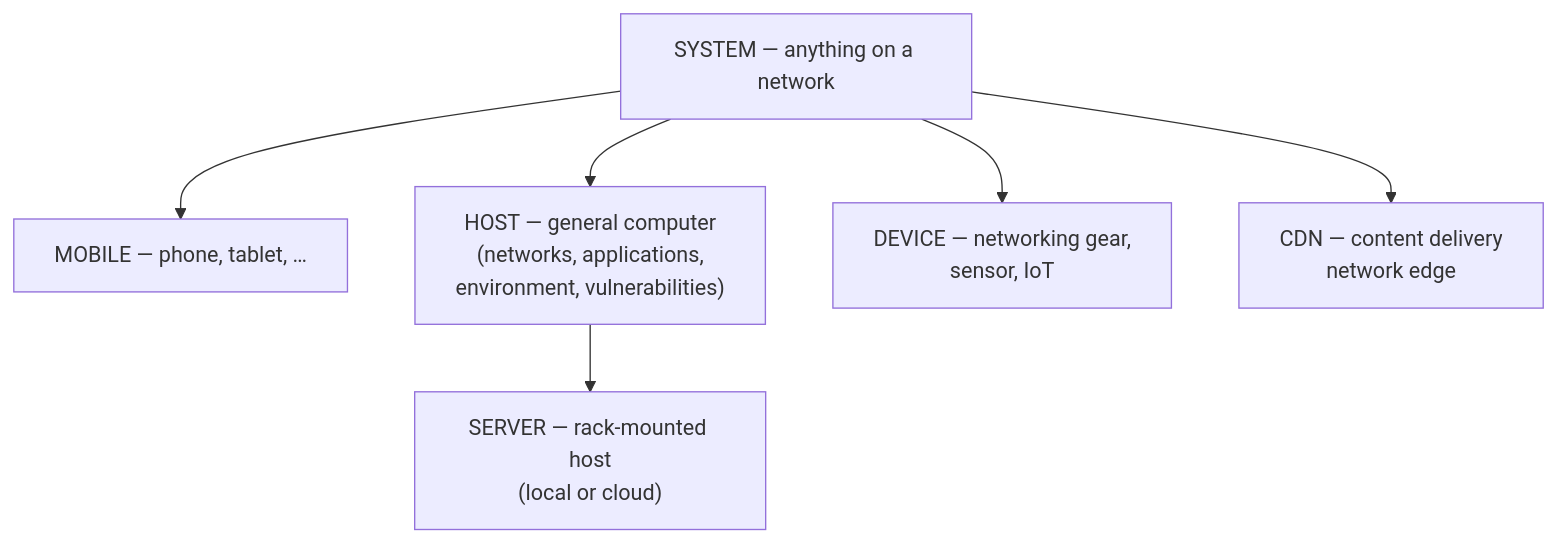
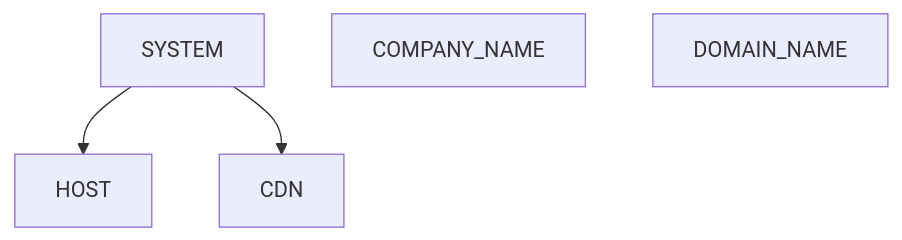
Before and after one commit to brettforbes/spiderfeet: the second of 13 diagrams in .docs/docs-for-cli-tools/_Current_Ontology.md, drawn with Mermaid. The commit also changed other lines of this file and 56 other files, not shown here.

````diff
--- a/.docs/docs-for-cli-tools/_Current_Ontology.md
+++ b/.docs/docs-for-cli-tools/_Current_Ontology.md
@@ -79,14 +65,10 @@
 ```mermaid
 flowchart TB
-  system["SYSTEM — anything on a network"]
-  mobile["MOBILE — phone, tablet, …"]
-  host["HOST — general computer\n(networks, applications,\nenvironment, vulnerabilities)"]
-  server["SERVER — rack-mounted host\n(local or cloud)"]
-  device["DEVICE — networking gear,\nsensor, IoT"]
-  cdn["CDN — content delivery\nnetwork edge"]
-  system --> mobile
+  system["SYSTEM"]
+  host["HOST"]
+  cdn["CDN"]
+  company["COMPANY_NAME"]
+  domain["DOMAIN_NAME"]
   system --> host
-  system --> device
   system --> cdn
-  host --> server
 ```
````
